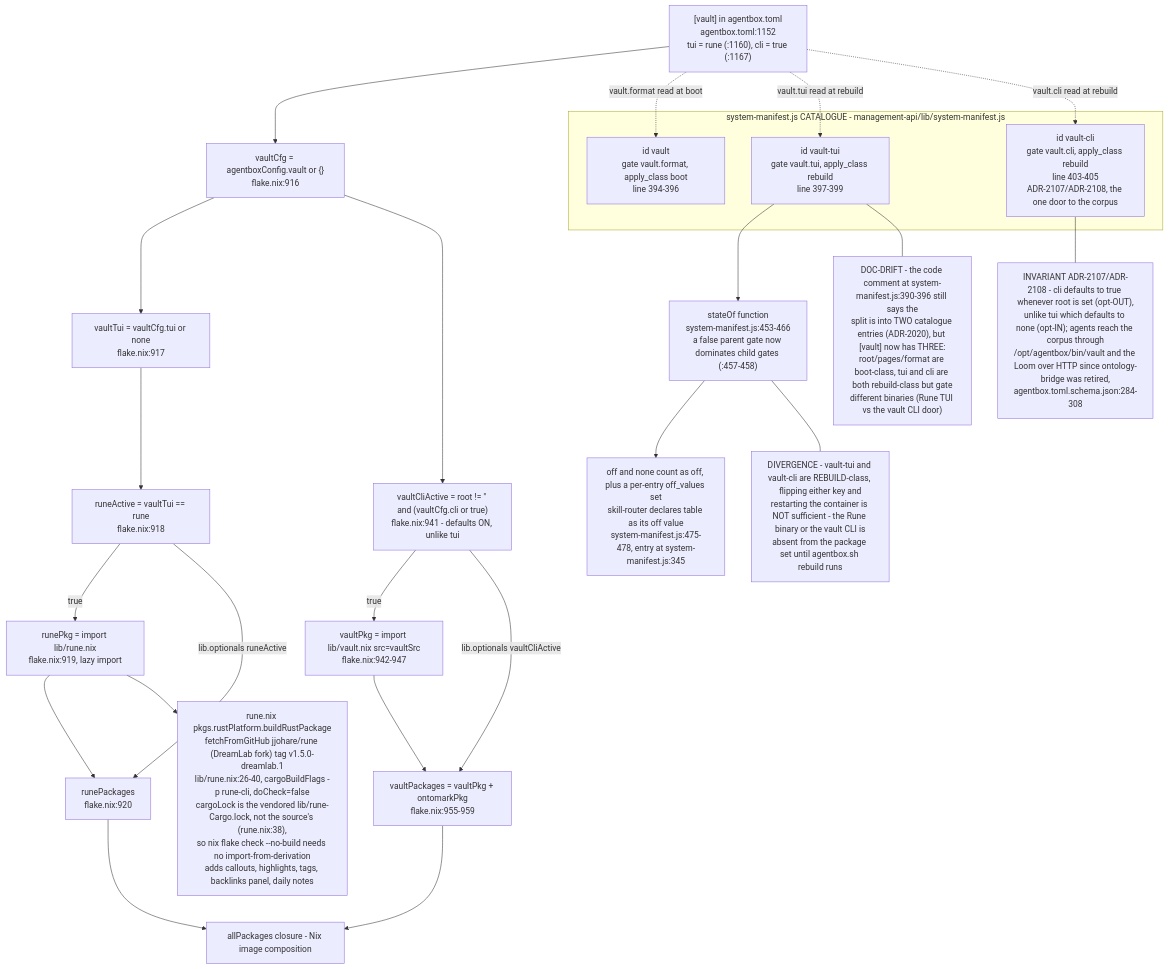
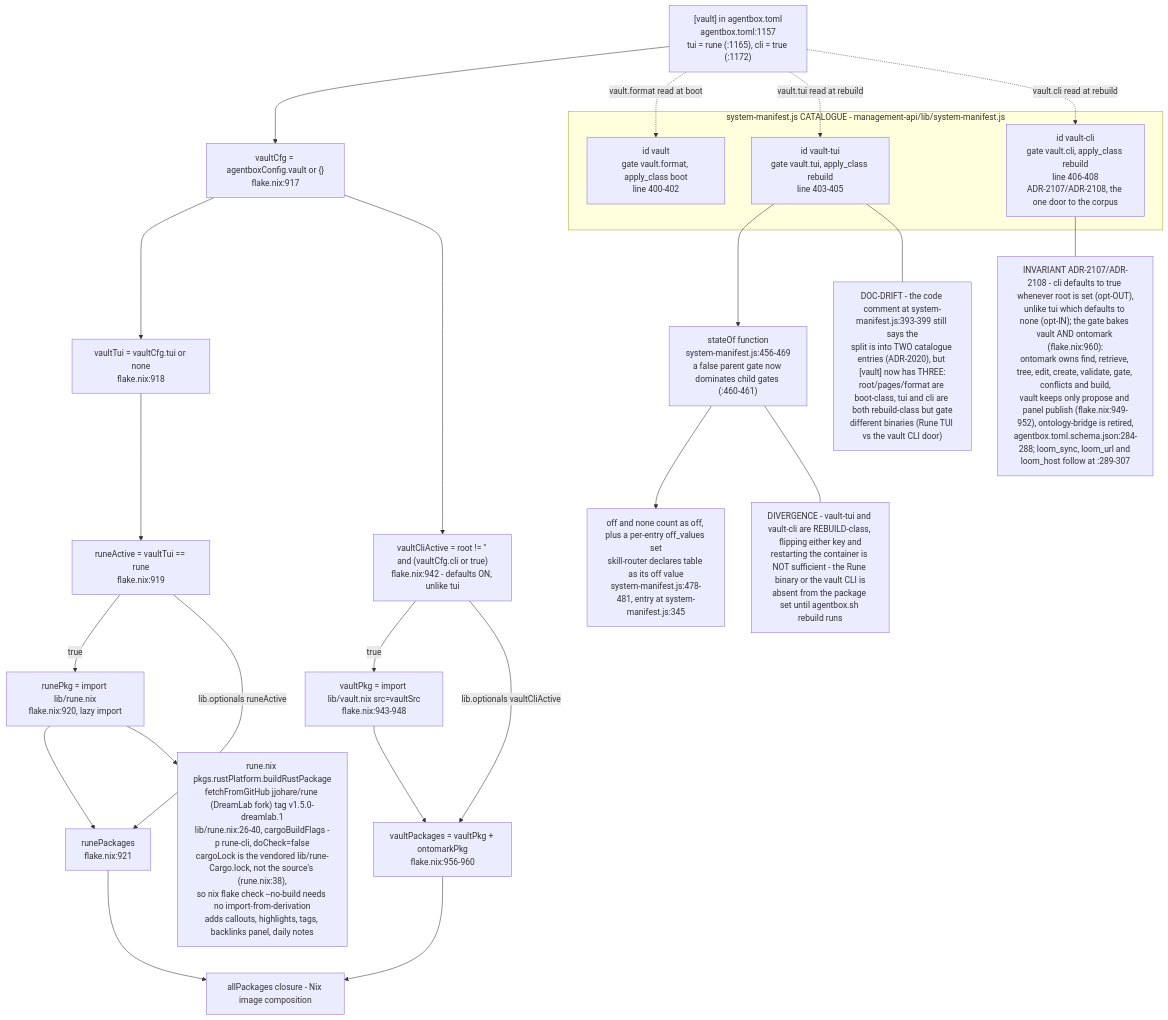
One commit to DreamLab-AI/VisionFlow changed the ninth of 10 diagrams in docs/diagrams/agentbox/01-nix-flake-composition.md. Above: the diagram before and after it, drawn with Mermaid. The commit also changed other lines of this file and 173 other files, not shown here.

````diff
--- a/docs/diagrams/agentbox/01-nix-flake-composition.md
+++ b/docs/diagrams/agentbox/01-nix-flake-composition.md
@@ -427,44 +433,44 @@
 ```mermaid
 flowchart TB
-    TOMLVAULT["[vault] in agentbox.toml<br/>agentbox.toml:1152<br/>tui = rune (:1160), cli = true (:1167)"] --> VAULTCFG["vaultCfg = agentboxConfig.vault or {}<br/>flake.nix:916"]
+    TOMLVAULT["[vault] in agentbox.toml<br/>agentbox.toml:1157<br/>tui = rune (:1165), cli = true (:1172)"] --> VAULTCFG["vaultCfg = agentboxConfig.vault or {}<br/>flake.nix:917"]
 
-    VAULTCFG --> TUIVAL["vaultTui = vaultCfg.tui or none<br/>flake.nix:917"]
-    TUIVAL --> RUNEACTIVE["runeActive = vaultTui == rune<br/>flake.nix:918"]
-    RUNEACTIVE -->|"true"| RUNEPKGIMPORT["runePkg = import lib/rune.nix<br/>flake.nix:919, lazy import"]
-    RUNEACTIVE -->|"lib.optionals runeActive"| RUNEPACKAGES["runePackages<br/>flake.nix:920"]
+    VAULTCFG --> TUIVAL["vaultTui = vaultCfg.tui or none<br/>flake.nix:918"]
+    TUIVAL --> RUNEACTIVE["runeActive = vaultTui == rune<br/>flake.nix:919"]
+    RUNEACTIVE -->|"true"| RUNEPKGIMPORT["runePkg = import lib/rune.nix<br/>flake.nix:920, lazy import"]
+    RUNEACTIVE -->|"lib.optionals runeActive"| RUNEPACKAGES["runePackages<br/>flake.nix:921"]
     RUNEPKGIMPORT --> RUNEPACKAGES
 
-    VAULTCFG --> CLIVAL["vaultCliActive = root != '' and (vaultCfg.cli or true)<br/>flake.nix:941 - defaults ON, unlike tui"]
-    CLIVAL -->|"true"| VAULTPKGIMPORT["vaultPkg = import lib/vault.nix src=vaultSrc<br/>flake.nix:942-947"]
-    CLIVAL -->|"lib.optionals vaultCliActive"| VAULTPACKAGES["vaultPackages = vaultPkg + ontomarkPkg<br/>flake.nix:955-959"]
+    VAULTCFG --> CLIVAL["vaultCliActive = root != '' and (vaultCfg.cli or true)<br/>flake.nix:942 - defaults ON, unlike tui"]
+    CLIVAL -->|"true"| VAULTPKGIMPORT["vaultPkg = import lib/vault.nix src=vaultSrc<br/>flake.nix:943-948"]
+    CLIVAL -->|"lib.optionals vaultCliActive"| VAULTPACKAGES["vaultPackages = vaultPkg + ontomarkPkg<br/>flake.nix:956-960"]
     VAULTPKGIMPORT --> VAULTPACKAGES
 
     RUNEPACKAGES --> ALLPKG["allPackages closure - Nix image composition"]
     VAULTPACKAGES --> ALLPKG
 
     RUNEBUILD["rune.nix pkgs.rustPlatform.buildRustPackage<br/>fetchFromGitHub jjohare/rune (DreamLab fork) tag v1.5.0-dreamlab.1<br/>lib/rune.nix:26-40, cargoBuildFlags -p rune-cli, doCheck=false<br/>cargoLock is the vendored lib/rune-Cargo.lock, not the source's (rune.nix:38),<br/>so nix flake check --no-build needs no import-from-derivation<br/>adds callouts, highlights, tags, backlinks panel, daily notes"]
     RUNEPKGIMPORT --> RUNEBUILD
 
     subgraph MANIFEST["system-manifest.js CATALOGUE - management-api/lib/system-manifest.js"]
-        VAULTENTRY["id vault<br/>gate vault.format, apply_class boot<br/>line 394-396"]
-        VAULTTUIENTRY["id vault-tui<br/>gate vault.tui, apply_class rebuild<br/>line 397-399"]
-        VAULTCLIENTRY["id vault-cli<br/>gate vault.cli, apply_class rebuild<br/>line 403-405<br/>ADR-2107/ADR-2108, the one door to the corpus"]
+        VAULTENTRY["id vault<br/>gate vault.format, apply_class boot<br/>line 400-402"]
+        VAULTTUIENTRY["id vault-tui<br/>gate vault.tui, apply_class rebuild<br/>line 403-405"]
+        VAULTCLIENTRY["id vault-cli<br/>gate vault.cli, apply_class rebuild<br/>line 406-408<br/>ADR-2107/ADR-2108, the one door to the corpus"]
     end
 
     TOMLVAULT -.->|"vault.format read at boot"| VAULTENTRY
     TOMLVAULT -.->|"vault.tui read at rebuild"| VAULTTUIENTRY
     TOMLVAULT -.->|"vault.cli read at rebuild"| VAULTCLIENTRY
 
-    STATEOF["stateOf function<br/>system-manifest.js:453-466<br/>a false parent gate now dominates child gates (:457-458)"]
+    STATEOF["stateOf function<br/>system-manifest.js:456-469<br/>a false parent gate now dominates child gates (:460-461)"]
     VAULTTUIENTRY --> STATEOF
-    STATEOF --> MODESTRING["off and none count as off, plus a per-entry off_values set<br/>skill-router declares table as its off value<br/>system-manifest.js:475-478, entry at system-manifest.js:345"]
+    STATEOF --> MODESTRING["off and none count as off, plus a per-entry off_values set<br/>skill-router declares table as its off value<br/>system-manifest.js:478-481, entry at system-manifest.js:345"]
 
-    NOTE1["DOC-DRIFT - the code comment at system-manifest.js:390-396 still says the<br/>split is into TWO catalogue entries (ADR-2020), but [vault] now has THREE:<br/>root/pages/format are boot-class, tui and cli are both rebuild-class but gate<br/>different binaries (Rune TUI vs the vault CLI door)"]
+    NOTE1["DOC-DRIFT - the code comment at system-manifest.js:393-399 still says the<br/>split is into TWO catalogue entries (ADR-2020), but [vault] now has THREE:<br/>root/pages/format are boot-class, tui and cli are both rebuild-class but gate<br/>different binaries (Rune TUI vs the vault CLI door)"]
     VAULTTUIENTRY --- NOTE1
 
     NOTE2["DIVERGENCE - vault-tui and vault-cli are REBUILD-class, flipping either key and<br/>restarting the container is NOT sufficient - the Rune binary or the vault CLI is<br/>absent from the package set until agentbox.sh rebuild runs"]
     STATEOF --- NOTE2
 
-    NOTE3["INVARIANT ADR-2107/ADR-2108 - cli defaults to true whenever root is set (opt-OUT),<br/>unlike tui which defaults to none (opt-IN); agents reach the corpus through<br/>/opt/agentbox/bin/vault and the Loom over HTTP since ontology-bridge was retired,<br/>agentbox.toml.schema.json:284-308"]
+    NOTE3["INVARIANT ADR-2107/ADR-2108 - cli defaults to true whenever root is set (opt-OUT),<br/>unlike tui which defaults to none (opt-IN); the gate bakes vault AND ontomark (flake.nix:960):<br/>ontomark owns find, retrieve, tree, edit, create, validate, gate, conflicts and build,<br/>vault keeps only propose and panel publish (flake.nix:949-952), ontology-bridge is retired,<br/>agentbox.toml.schema.json:284-288; loom_sync, loom_url and loom_host follow at :289-307"]
     VAULTCLIENTRY --- NOTE3
 ```
````
